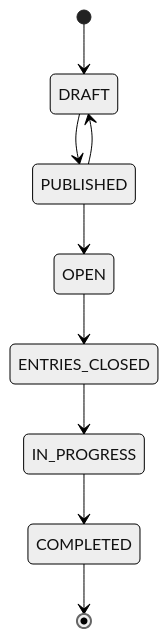
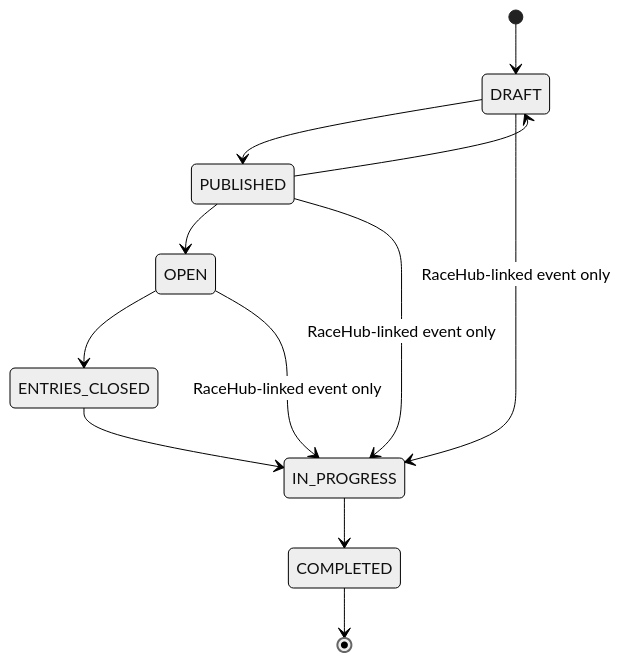
One commit to RCRaceHub/RCTimingControl changed the third of 3 diagrams in docs/developer/race-lifecycle.md. Above: the diagram before and after it, drawn with Mermaid (neutral theme). The commit also changed other lines of this file and 6 other files, not shown here.

First line of the commit message:
Let a RaceHub-linked event start straight from draft (#726)

````diff
--- a/docs/developer/race-lifecycle.md
+++ b/docs/developer/race-lifecycle.md
@@ -56,11 +56,14 @@
 ```mermaid
 stateDiagram-v2
     [*] --> DRAFT
     DRAFT --> PUBLISHED
     PUBLISHED --> OPEN
     PUBLISHED --> DRAFT
     OPEN --> ENTRIES_CLOSED
     ENTRIES_CLOSED --> IN_PROGRESS
+    DRAFT --> IN_PROGRESS : RaceHub-linked event only
+    PUBLISHED --> IN_PROGRESS : RaceHub-linked event only
+    OPEN --> IN_PROGRESS : RaceHub-linked event only
     IN_PROGRESS --> COMPLETED
     COMPLETED --> [*]
 ```
````
